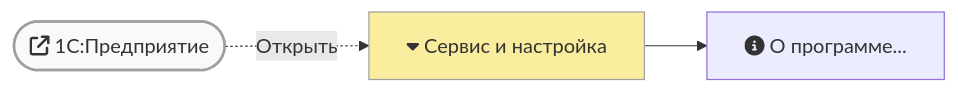
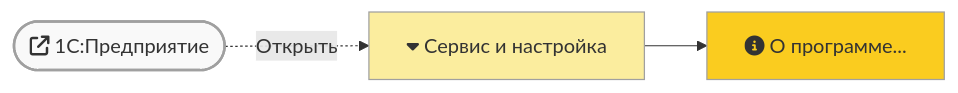
The first of 3 diagrams in faq/crash/main-white-window.md (lugovoe/manual), drawn with Mermaid before and after one commit. The commit also changed other lines of this file, not shown here.

````diff
--- a/faq/crash/main-white-window.md
+++ b/faq/crash/main-white-window.md
@@ -4,10 +4,10 @@
 ``` mermaid
 graph LR
   b1([fa:fa-external-link 1С:Предприятие]) -.-> |Открыть| m1
   m1[fa:fa-caret-down Сервис и настройка] --> m2
   m2[fa:fa-info-circle О программе...]
-  style b1 fill:#f9f9f9,stroke:#a0a0a0,stroke-width:2px
-  %%classDef default fill:#facc1f,stroke:#a0a0a0,stroke-width:1px
-  classDef mainmenu fill:#fbed9e,stroke:#a0a0a0,stroke-width:1px
-  class m1 mainmenu
+  style b1 fill:#f9f9f9,stroke-width:2px
+  style m1 fill:#fbed9e,stroke-width:1px
+  style m2 fill:#facc1f,stroke-width:1px
+  classDef default stroke:#a0a0a0
 ```
````
